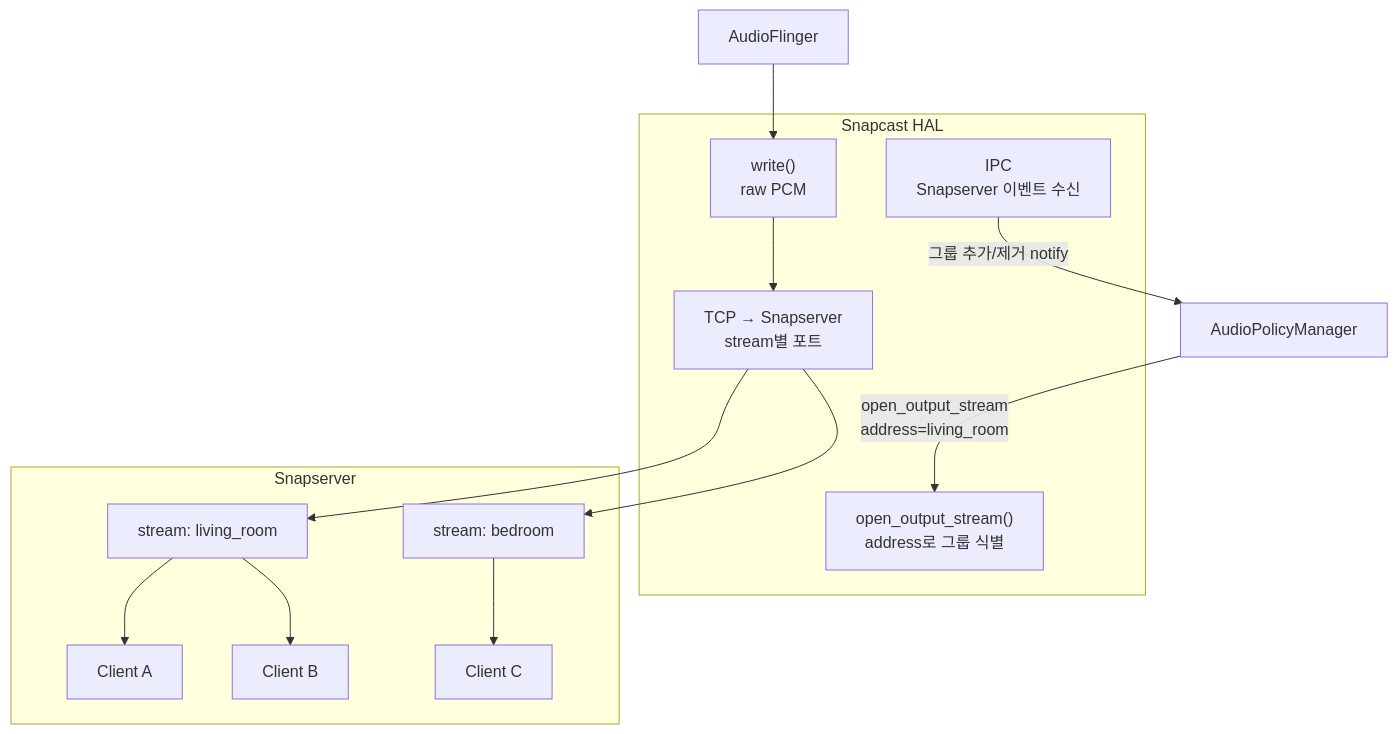
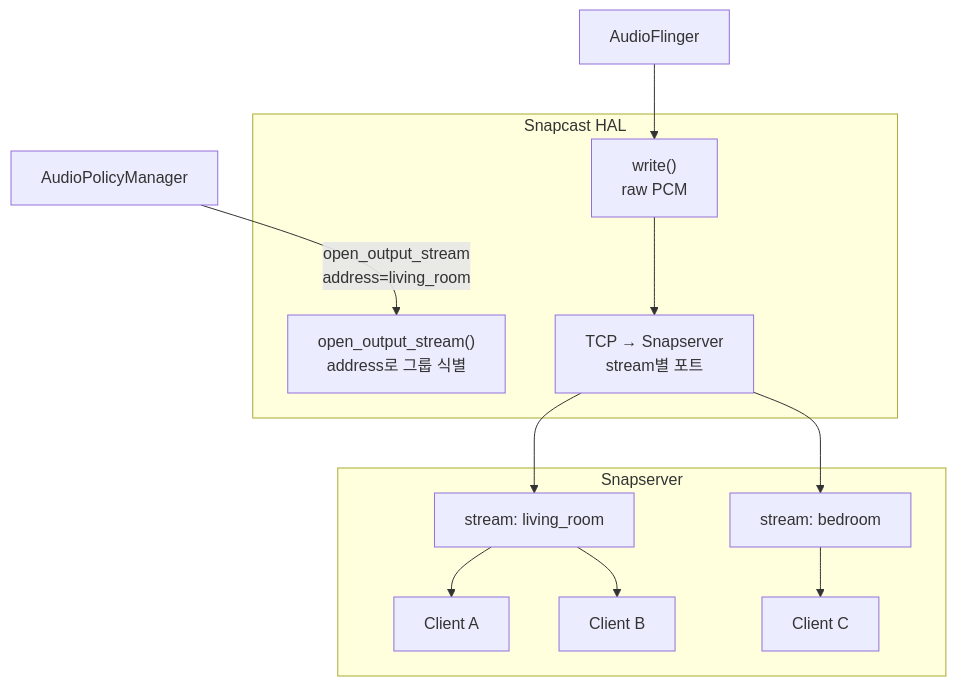
Before and after one commit to pillmee/snapcast: the second of 4 diagrams in review/integration/android_hal.md, drawn with Mermaid. The commit also changed other lines of this file and 8 other files, not shown here.

First line of the commit message:
docs: add client management/control-stream flow docs, fix Android HAL review

````diff
--- a/review/integration/android_hal.md
+++ b/review/integration/android_hal.md
@@ -61,27 +61,25 @@
 ```mermaid
 flowchart TD
     AF["AudioFlinger"]
     APM["AudioPolicyManager"]
 
     subgraph HAL_SNAP["Snapcast HAL"]
         OPEN["open_output_stream()\naddress로 그룹 식별"]
         WRITE["write()\nraw PCM"]
-        IPC["IPC\nSnapserver 이벤트 수신"]
         TCP["TCP → Snapserver\nstream별 포트"]
     end
 
     subgraph SNAP["Snapserver"]
         S1["stream: living_room"]
         S2["stream: bedroom"]
         S1 --> C1A["Client A"]
         S1 --> C1B["Client B"]
         S2 --> C2A["Client C"]
     end
 
-    IPC -- "그룹 추가/제거 notify" --> APM
     APM -- "open_output_stream\naddress=living_room" --> OPEN
     AF --> WRITE
     WRITE --> TCP
     TCP --> S1
     TCP --> S2
 ```
````
